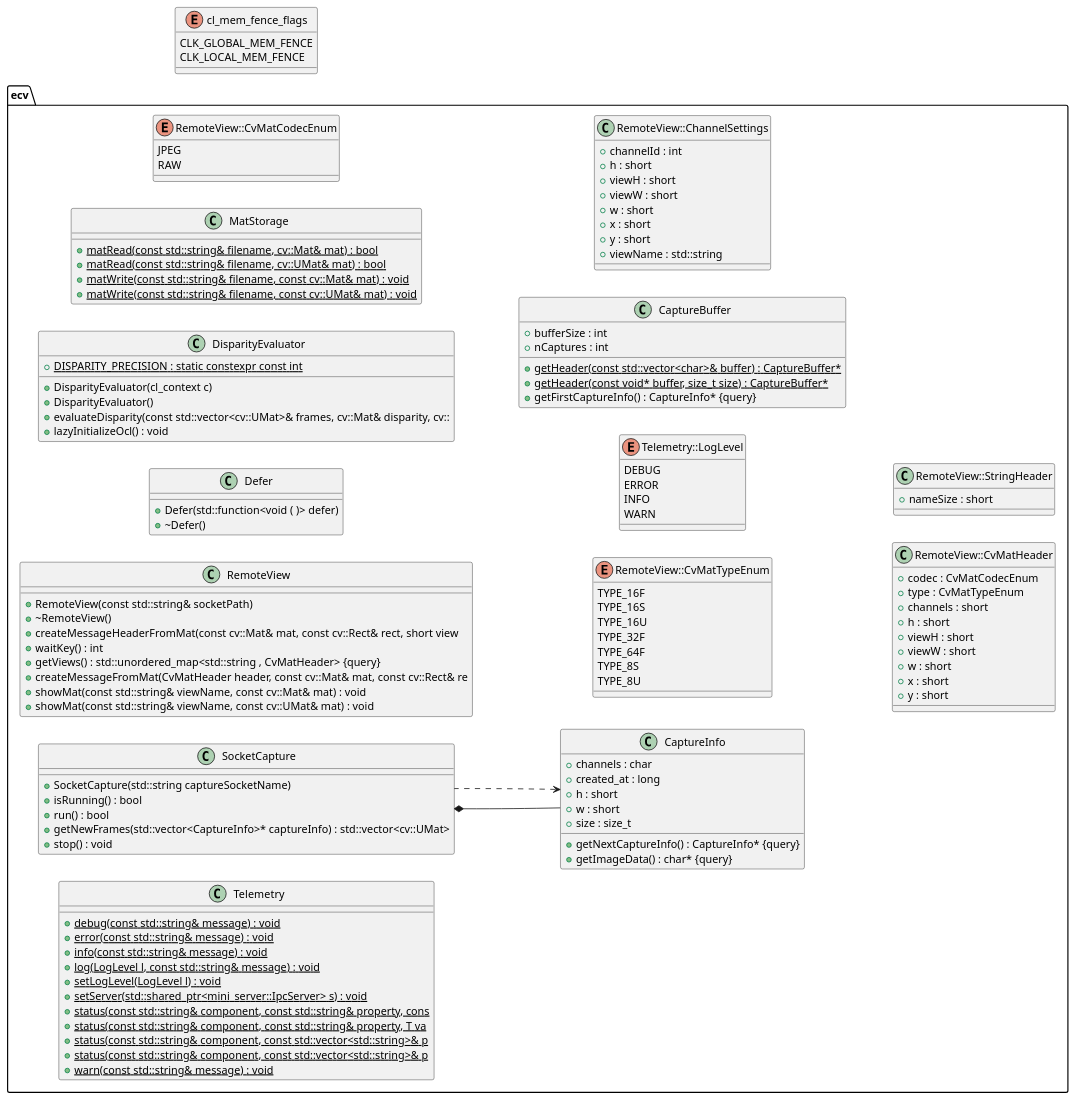
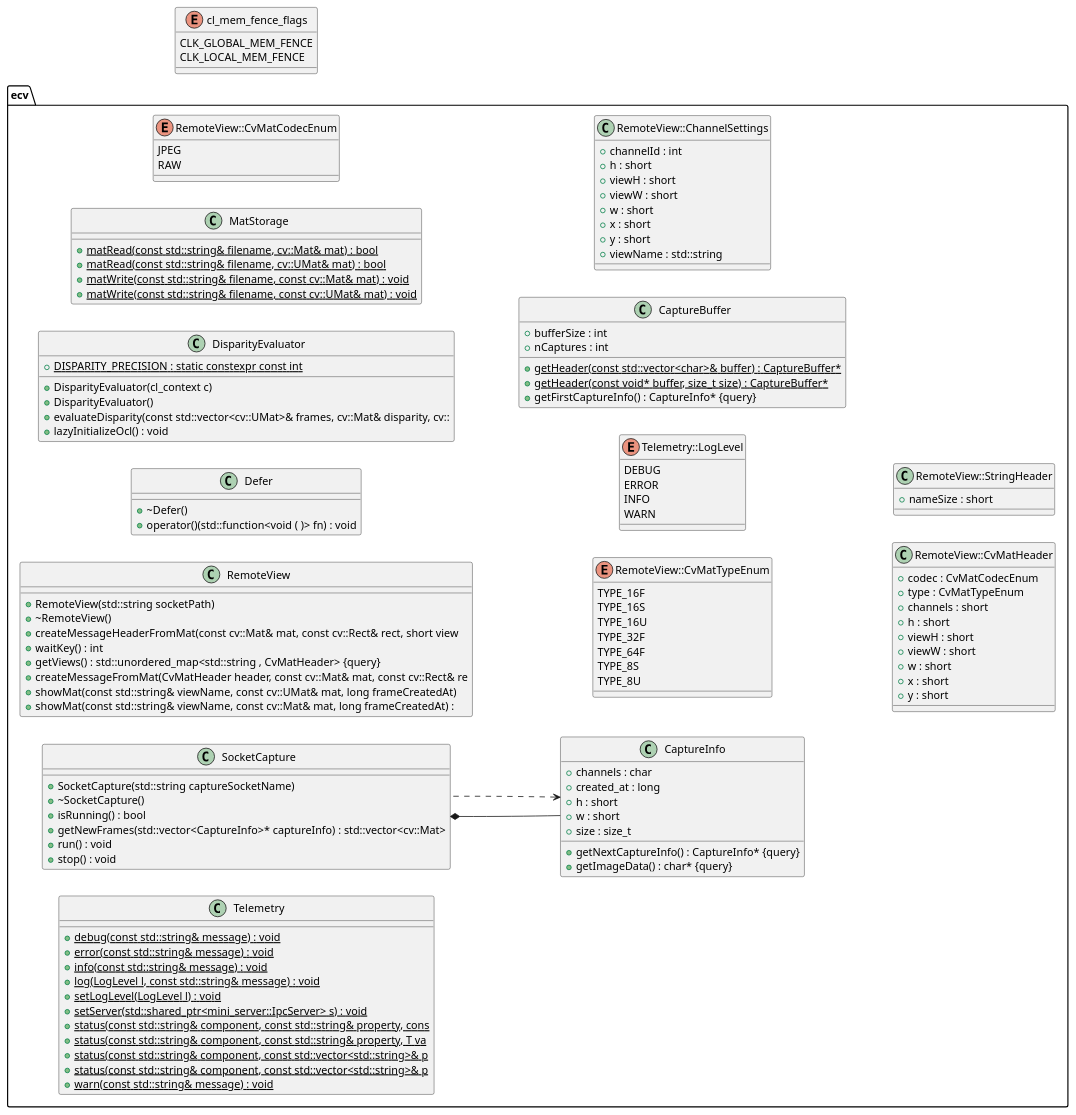
The diagram in classes_main.puml (dimarick/embedded_cv), drawn with PlantUML before and after one commit. The commit also changed 6 other files, not shown here.

Commit message:
Перегенировал UML диаграммы классов

```diff
--- a/classes_main.puml
+++ b/classes_main.puml
@@ -1,128 +1,129 @@
 @startuml
 left to right direction
 /' Objects '/
 enum cl_mem_fence_flags {
 	CLK_GLOBAL_MEM_FENCE
 	CLK_LOCAL_MEM_FENCE
 }
 namespace ecv {
 	class Defer {
-		+Defer(std::function<void ( )> defer)
 		+~Defer()
+		+operator()(std::function<void ( )> fn) : void
 	}
 	class DisparityEvaluator {
 		+DisparityEvaluator(cl_context c)
 		+DisparityEvaluator()
 		+{static} DISPARITY_PRECISION : static constexpr const int
 		+evaluateDisparity(const std::vector<cv::UMat>& frames, cv::Mat& disparity, cv::
 		+lazyInitializeOcl() : void
 	}
 	class MatStorage {
 		+{static} matRead(const std::string& filename, cv::Mat& mat) : bool
 		+{static} matRead(const std::string& filename, cv::UMat& mat) : bool
 		+{static} matWrite(const std::string& filename, const cv::Mat& mat) : void
 		+{static} matWrite(const std::string& filename, const cv::UMat& mat) : void
 	}
 	class RemoteView {
-		+RemoteView(const std::string& socketPath)
+		+RemoteView(std::string socketPath)
 		+~RemoteView()
 		+createMessageHeaderFromMat(const cv::Mat& mat, const cv::Rect& rect, short view
 		+waitKey() : int
 		+getViews() : std::unordered_map<std::string , CvMatHeader> {query}
 		+createMessageFromMat(CvMatHeader header, const cv::Mat& mat, const cv::Rect& re
-		+showMat(const std::string& viewName, const cv::Mat& mat) : void
-		+showMat(const std::string& viewName, const cv::UMat& mat) : void
+		+showMat(const std::string& viewName, const cv::UMat& mat, long frameCreatedAt) 
+		+showMat(const std::string& viewName, const cv::Mat& mat, long frameCreatedAt) :
 	}
 	class SocketCapture {
 		+SocketCapture(std::string captureSocketName)
+		+~SocketCapture()
 		+isRunning() : bool
-		+run() : bool
-		+getNewFrames(std::vector<CaptureInfo>* captureInfo) : std::vector<cv::UMat>
+		+getNewFrames(std::vector<CaptureInfo>* captureInfo) : std::vector<cv::Mat>
+		+run() : void
 		+stop() : void
 	}
 	class Telemetry {
 		+{static} debug(const std::string& message) : void
 		+{static} error(const std::string& message) : void
 		+{static} info(const std::string& message) : void
 		+{static} log(LogLevel l, const std::string& message) : void
 		+{static} setLogLevel(LogLevel l) : void
 		+{static} setServer(std::shared_ptr<mini_server::IpcServer> s) : void
 		+{static} status(const std::string& component, const std::string& property, cons
 		+{static} status(const std::string& component, const std::string& property, T va
 		+{static} status(const std::string& component, const std::vector<std::string>& p
 		+{static} status(const std::string& component, const std::vector<std::string>& p
 		+{static} warn(const std::string& message) : void
 	}
 	enum RemoteView::CvMatCodecEnum {
 		JPEG
 		RAW
 	}
 	enum RemoteView::CvMatTypeEnum {
 		TYPE_16F
 		TYPE_16S
 		TYPE_16U
 		TYPE_32F
 		TYPE_64F
 		TYPE_8S
 		TYPE_8U
 	}
 	enum Telemetry::LogLevel {
 		DEBUG
 		ERROR
 		INFO
 		WARN
 	}
 	class CaptureBuffer {
 		+{static} getHeader(const std::vector<char>& buffer) : CaptureBuffer*
 		+{static} getHeader(const void* buffer, size_t size) : CaptureBuffer*
 		+getFirstCaptureInfo() : CaptureInfo* {query}
 		+bufferSize : int
 		+nCaptures : int
 	}
 	class CaptureInfo {
 		+getNextCaptureInfo() : CaptureInfo* {query}
 		+channels : char
 		+getImageData() : char* {query}
 		+created_at : long
 		+h : short
 		+w : short
 		+size : size_t
 	}
 	class RemoteView::ChannelSettings {
 		+channelId : int
 		+h : short
 		+viewH : short
 		+viewW : short
 		+w : short
 		+x : short
 		+y : short
 		+viewName : std::string
 	}
 	class RemoteView::CvMatHeader {
 		+codec : CvMatCodecEnum
 		+type : CvMatTypeEnum
 		+channels : short
 		+h : short
 		+viewH : short
 		+viewW : short
 		+w : short
 		+x : short
 		+y : short
 	}
 	class RemoteView::StringHeader {
 		+nameSize : short
 	}
 }
 /' Inheritance relationships '/
 /' Aggregation relationships '/
 ecv.SocketCapture *-- ecv.CaptureInfo
 /' Dependency relationships '/
 ecv.CaptureInfo <.. ecv.SocketCapture
 /' Nested objects '/
 ecv.RemoteView +-- ecv.RemoteView.ChannelSettings
 ecv.RemoteView +-- ecv.RemoteView.CvMatCodecEnum
 ecv.RemoteView +-- ecv.RemoteView.CvMatHeader
 ecv.RemoteView +-- ecv.RemoteView.CvMatTypeEnum
 ecv.RemoteView +-- ecv.RemoteView.StringHeader
 ecv.Telemetry +-- ecv.Telemetry.LogLevel
 @enduml
```
